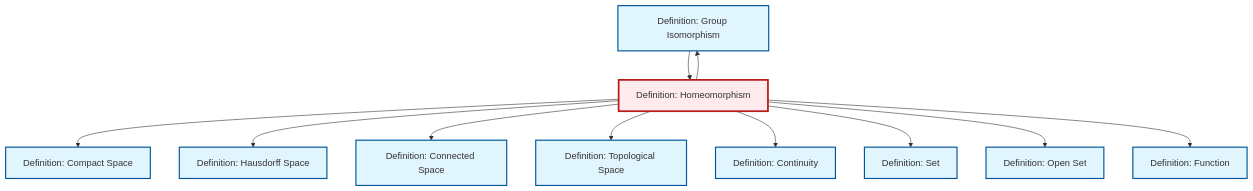
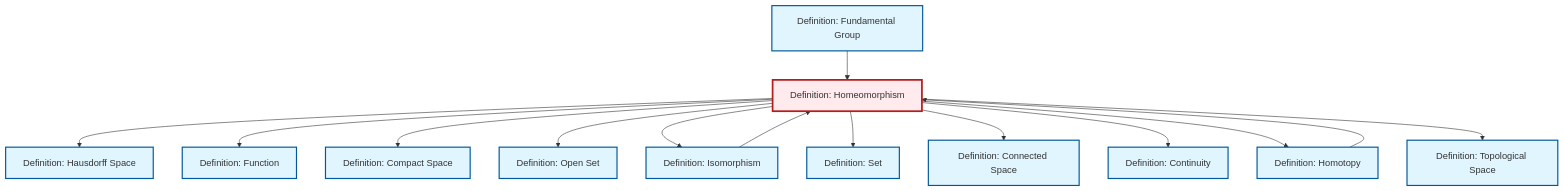
One commit to RK0429/ModernMath changed the diagram in content/en/topology/def-homeomorphism.qmd. Above: the diagram before and after it, drawn with Mermaid. The commit also changed 1069 other files, not shown here.

````diff
--- a/content/en/topology/def-homeomorphism.qmd
+++ b/content/en/topology/def-homeomorphism.qmd
@@ -103,39 +103,46 @@
 ```{mermaid}
 %%| fig-cap: "Local dependency graph"
 graph TD
     classDef definition fill:#e1f5fe,stroke:#01579b,stroke-width:2px
     classDef theorem fill:#f3e5f5,stroke:#4a148c,stroke-width:2px
     classDef axiom fill:#fff3e0,stroke:#e65100,stroke-width:2px
     classDef example fill:#e8f5e9,stroke:#1b5e20,stroke-width:2px
     classDef current fill:#ffebee,stroke:#b71c1c,stroke-width:3px
     def-set["Definition: Set"]:::definition
+    def-fundamental-group["Definition: Fundamental Group"]:::definition
+    def-function["Definition: Function"]:::definition
+    def-homeomorphism["Definition: Homeomorphism"]:::definition
     def-connected["Definition: Connected Space"]:::definition
-    def-isomorphism["Definition: Group Isomorphism"]:::definition
+    def-hausdorff["Definition: Hausdorff Space"]:::definition
+    def-homotopy["Definition: Homotopy"]:::definition
+    def-isomorphism["Definition: Isomorphism"]:::definition
+    def-open-set["Definition: Open Set"]:::definition
+    def-topological-space["Definition: Topological Space"]:::definition
     def-continuity["Definition: Continuity"]:::definition
-    def-open-set["Definition: Open Set"]:::definition
-    def-hausdorff["Definition: Hausdorff Space"]:::definition
-    def-homeomorphism["Definition: Homeomorphism"]:::definition
-    def-function["Definition: Function"]:::definition
     def-compact["Definition: Compact Space"]:::definition
-    def-topological-space["Definition: Topological Space"]:::definition
+    def-homeomorphism --> def-hausdorff
+    def-isomorphism --> def-homeomorphism
+    def-homeomorphism --> def-function
     def-homeomorphism --> def-compact
-    def-homeomorphism --> def-hausdorff
+    def-homeomorphism --> def-open-set
+    def-homeomorphism --> def-isomorphism
+    def-homeomorphism --> def-set
+    def-homotopy --> def-homeomorphism
     def-homeomorphism --> def-connected
-    def-homeomorphism --> def-isomorphism
+    def-homeomorphism --> def-continuity
+    def-homeomorphism --> def-homotopy
     def-homeomorphism --> def-topological-space
-    def-homeomorphism --> def-continuity
-    def-homeomorphism --> def-set
-    def-isomorphism --> def-homeomorphism
-    def-homeomorphism --> def-open-set
-    def-homeomorphism --> def-function
+    def-fundamental-group --> def-homeomorphism
     class def-homeomorphism current
     click def-set "def-set.html" "Go to Set definition"
+    click def-fundamental-group "def-fundamental-group.html" "Go to Fundamental Group definition"
+    click def-function "def-function.html" "Go to Function definition"
     click def-connected "def-connected.html" "Go to Connected Space definition"
-    click def-isomorphism "def-isomorphism.html" "Go to Group Isomorphism definition"
+    click def-hausdorff "def-hausdorff.html" "Go to Hausdorff Space definition"
+    click def-homotopy "def-homotopy.html" "Go to Homotopy definition"
+    click def-isomorphism "def-isomorphism.html" "Go to Isomorphism definition"
+    click def-open-set "def-open-set.html" "Go to Open Set definition"
+    click def-topological-space "def-topological-space.html" "Go to Topological Space definition"
     click def-continuity "def-continuity.html" "Go to Continuity definition"
-    click def-open-set "def-open-set.html" "Go to Open Set definition"
-    click def-hausdorff "def-hausdorff.html" "Go to Hausdorff Space definition"
-    click def-function "def-function.html" "Go to Function definition"
     click def-compact "def-compact.html" "Go to Compact Space definition"
-    click def-topological-space "def-topological-space.html" "Go to Topological Space definition"
 ```
````
